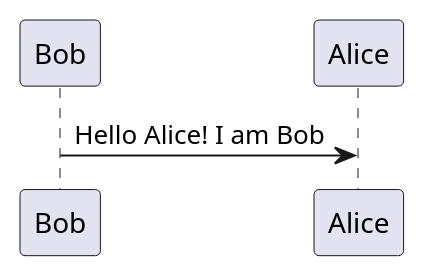
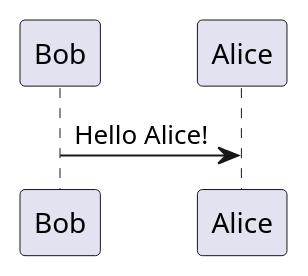
The first of 2 diagrams in Tests/test_file.md (Walter462/plantuml-to-md-link-render-pyscript), drawn with PlantUML before and after one commit. The commit also changed other lines of this file, not shown here.

````diff
--- a/Tests/test_file.md
+++ b/Tests/test_file.md
@@ -3,5 +3,5 @@
 ```plantuml
 @startuml
-Bob -> Alice : Hello Alice! I am Bob
+Bob -> Alice : Hello Alice!
 @enduml
 ```
````
